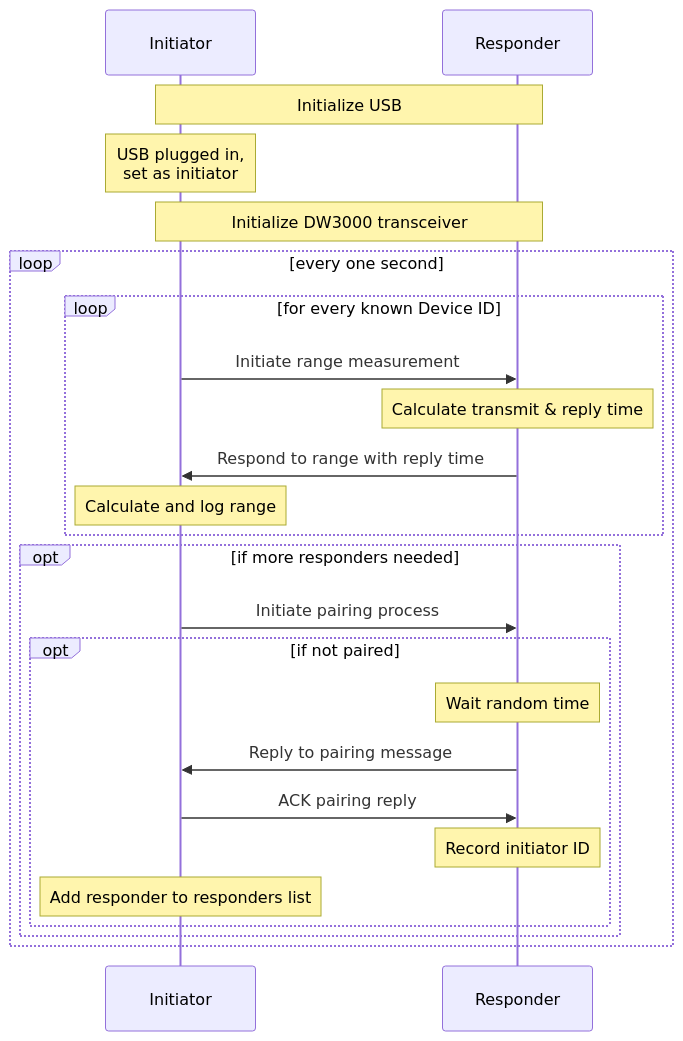
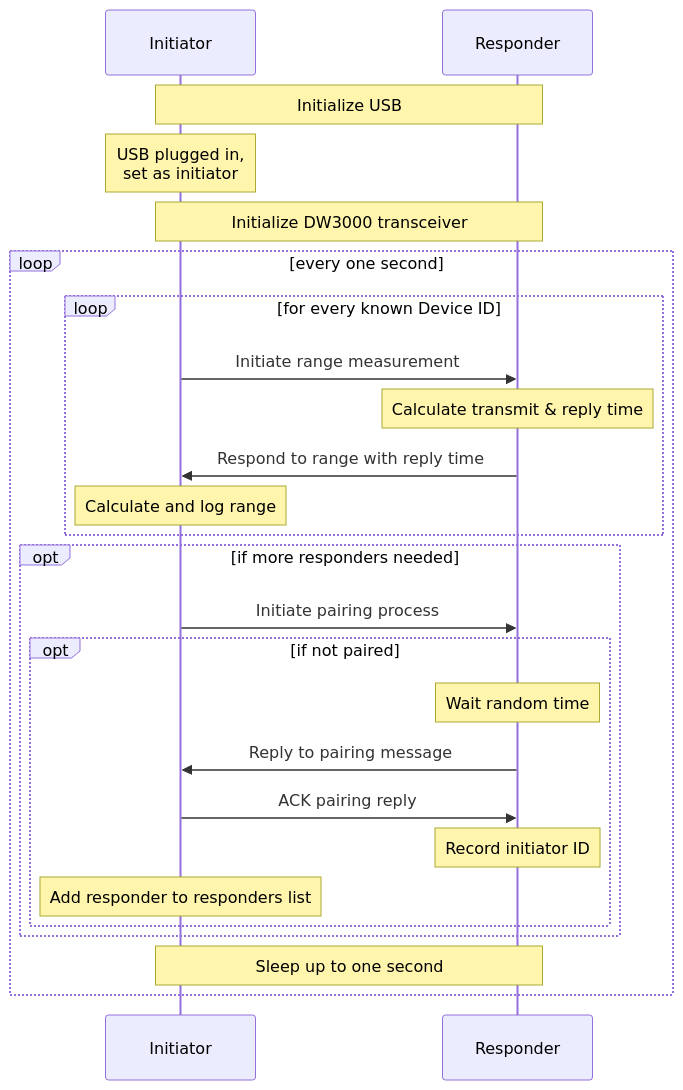
One commit to michael-nix/mn-DWM3001CDK-basics changed the diagram in README.md. Above: the diagram before and after it, drawn with Mermaid. The commit also changed other lines of this file, not shown here.

Commit message:
update diagram

````diff
--- a/README.md
+++ b/README.md
@@ -77,26 +77,27 @@
 ```mermaid
 sequenceDiagram
     participant i as Initiator
     participant r as Responder
     Note over i,r: Initialize USB
     Note over i: USB plugged in,<br>set as initiator
     Note over i,r: Initialize DW3000 transceiver
     loop every one second
         loop for every known Device ID
             i ->> r: Initiate range measurement
             Note over r: Calculate transmit & reply time
             r ->> i: Respond to range with reply time
             Note over i: Calculate and log range
         end
         opt if more responders needed
             i ->> r: Initiate pairing process
             opt if not paired
                 Note over r: Wait random time
                 r ->> i: Reply to pairing message
                 i ->> r: ACK pairing reply
                 Note over r: Record initiator ID
                 Note over i: Add responder to responders list
             end
         end
+        Note over i,r: Sleep up to one second
     end
 ```
````
